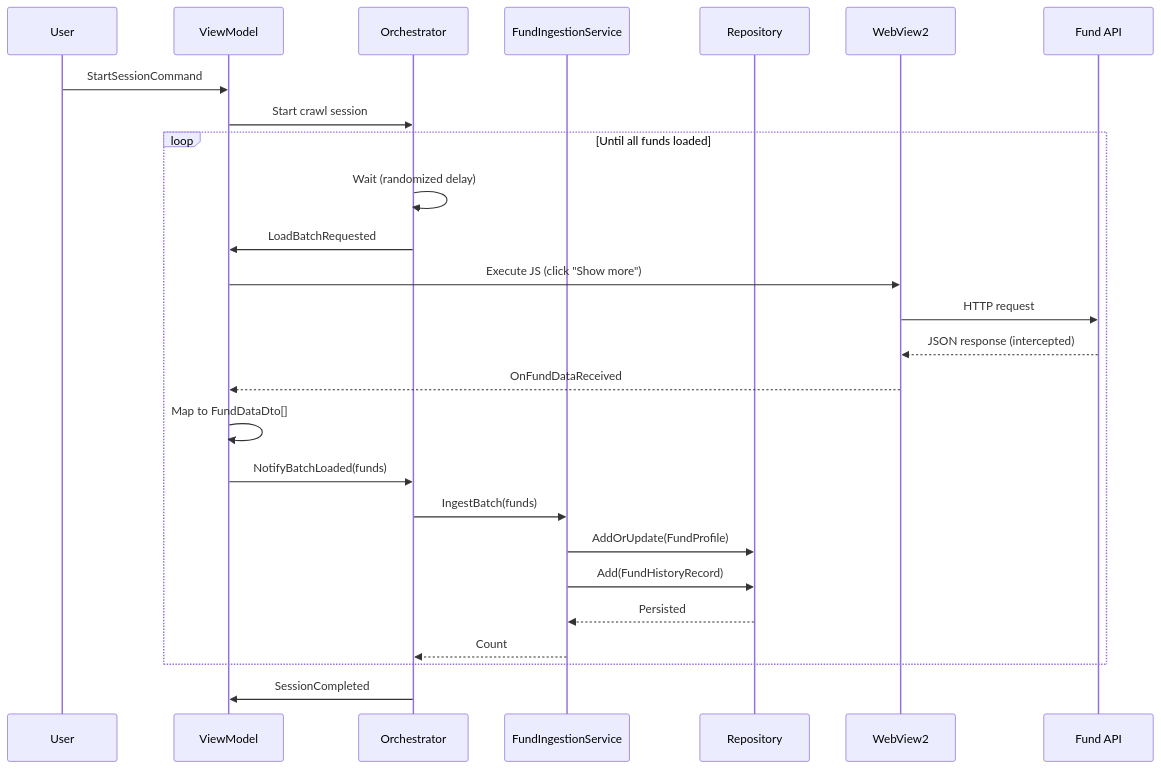
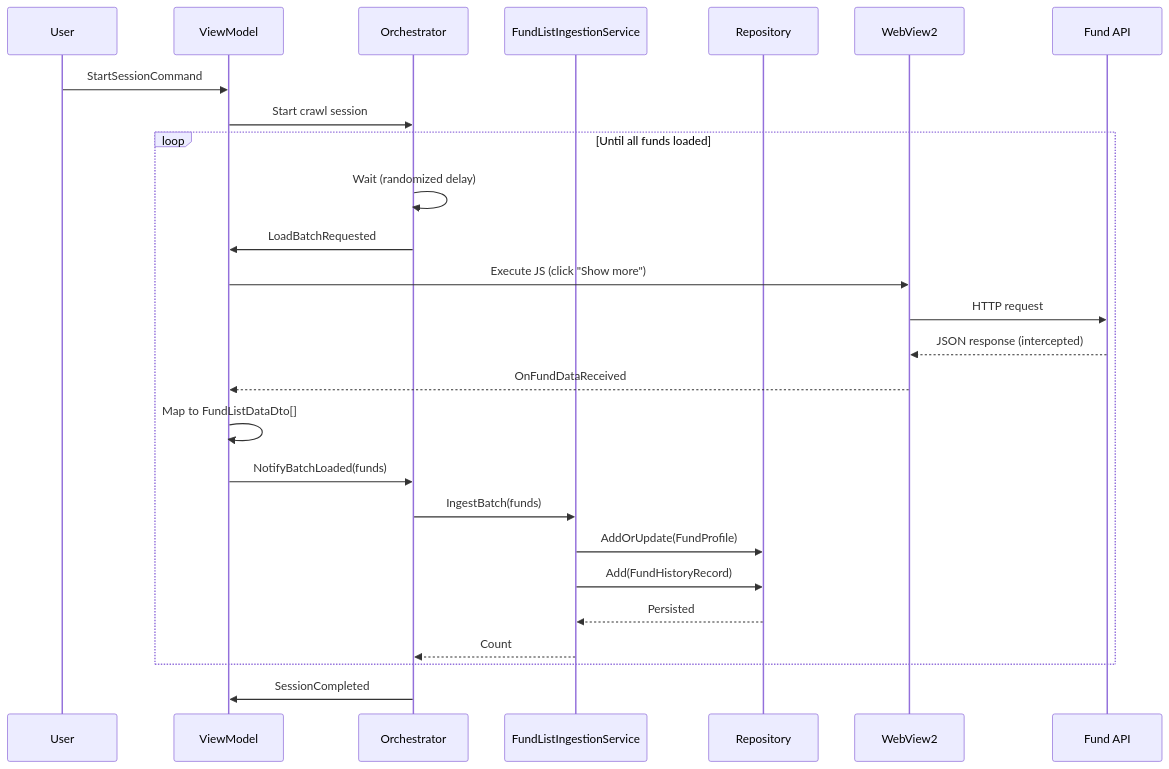
The fourth of 8 diagrams in YieldRaccoon/README.md (Muhomorik/SemanticKernel-FundDocsQnA-dotnet-nextjs), drawn with Mermaid before and after one commit. The commit also changed other lines of this file and 86 other files, not shown here.

````diff
--- a/YieldRaccoon/README.md
+++ b/YieldRaccoon/README.md
@@ -304,29 +305,29 @@
 ```mermaid
 sequenceDiagram
     participant User
     participant VM as ViewModel
     participant Orchestrator
-    participant Ingestion as FundIngestionService
+    participant Ingestion as FundListIngestionService
     participant Repo as Repository
     participant WebView2
     participant API as Fund API
 
     User->>VM: StartSessionCommand
     VM->>Orchestrator: Start crawl session
     loop Until all funds loaded
         Orchestrator->>Orchestrator: Wait (randomized delay)
         Orchestrator->>VM: LoadBatchRequested
         VM->>WebView2: Execute JS (click "Show more")
         WebView2->>API: HTTP request
         API-->>WebView2: JSON response (intercepted)
         WebView2-->>VM: OnFundDataReceived
-        VM->>VM: Map to FundDataDto[]
+        VM->>VM: Map to FundListDataDto[]
         VM->>Orchestrator: NotifyBatchLoaded(funds)
         Orchestrator->>Ingestion: IngestBatch(funds)
         Ingestion->>Repo: AddOrUpdate(FundProfile)
         Ingestion->>Repo: Add(FundHistoryRecord)
         Repo-->>Ingestion: Persisted
         Ingestion-->>Orchestrator: Count
     end
     Orchestrator->>VM: SessionCompleted
 ```
````
